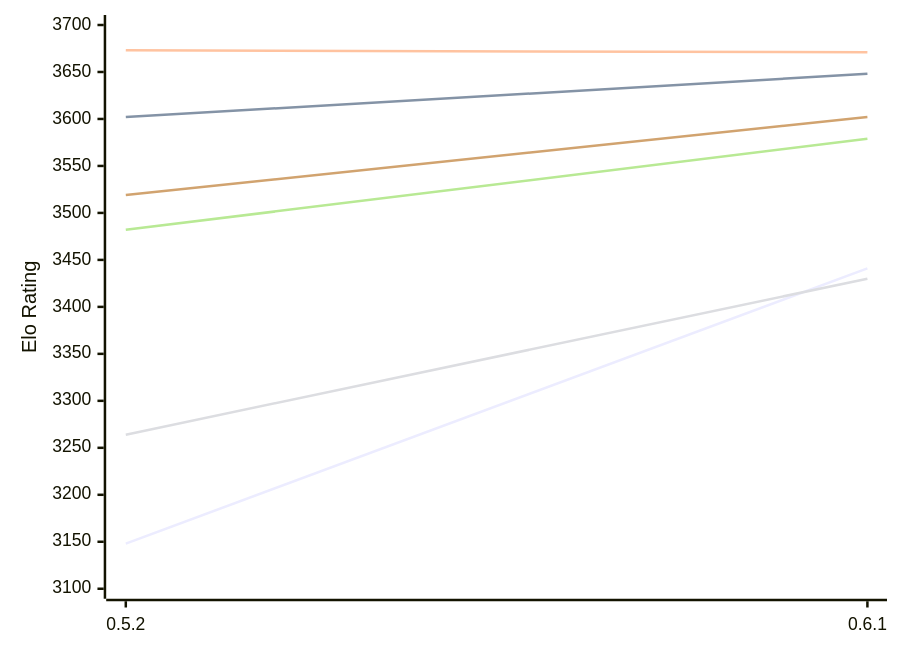
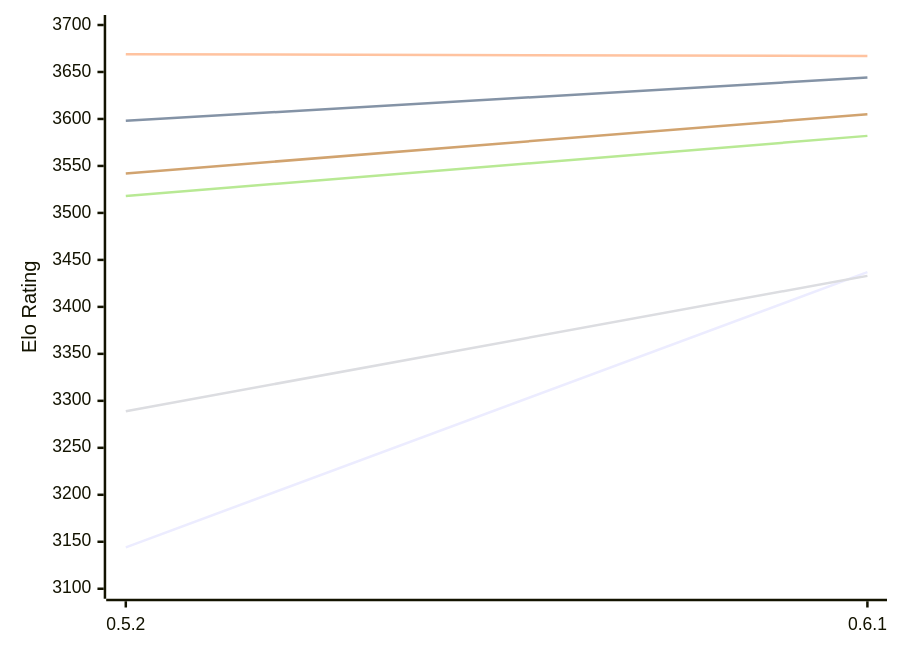
One commit to computer-chess-index/cci changed the first of 2 diagrams in engines/Cinder.md. Above: the diagram before and after it, drawn with Mermaid. The commit also changed other lines of this file, not shown here.

Commit message:
Update CCI Ratings (ELO VLTC) - 2026-11-21

````diff
--- a/engines/Cinder.md
+++ b/engines/Cinder.md
@@ -54,12 +54,12 @@
 ```mermaid
 %%{init: {"theme":"base","themeVariables":{"seriesColors:['#a3a3a3','#222221','#faa371']}}}%%
 xychart-beta
   x-axis ["0.5.2", "0.6.1"]
   y-axis "Elo Rating" 3100 --> 3700
-  line "E1: STC (8.0+0.08s)" [3148, 3441]
-  line "E1: LTC (60.0+0.60s)" [3602, 3648]
-  line "E1: VLTC (2m24s+1.12s)" [3673, 3671]
-  line "P1: STC (8.0+0.08s)" [3264, 3430]
-  line "P1: LTC (60.0+0.60s)" [3482, 3579]
-  line "P1: VLTC (2m24s+1.12s)" [3519, 3602]
+  line "E1: STC (8.0+0.08s)" [3144, 3437]
+  line "E1: LTC (60.0+0.60s)" [3598, 3644]
+  line "E1: VLTC (2m24s+1.12s)" [3669, 3667]
+  line "P1: STC (8.0+0.08s)" [3289, 3433]
+  line "P1: LTC (60.0+0.60s)" [3518, 3582]
+  line "P1: VLTC (2m24s+1.12s)" [3542, 3605]
 ```
````
